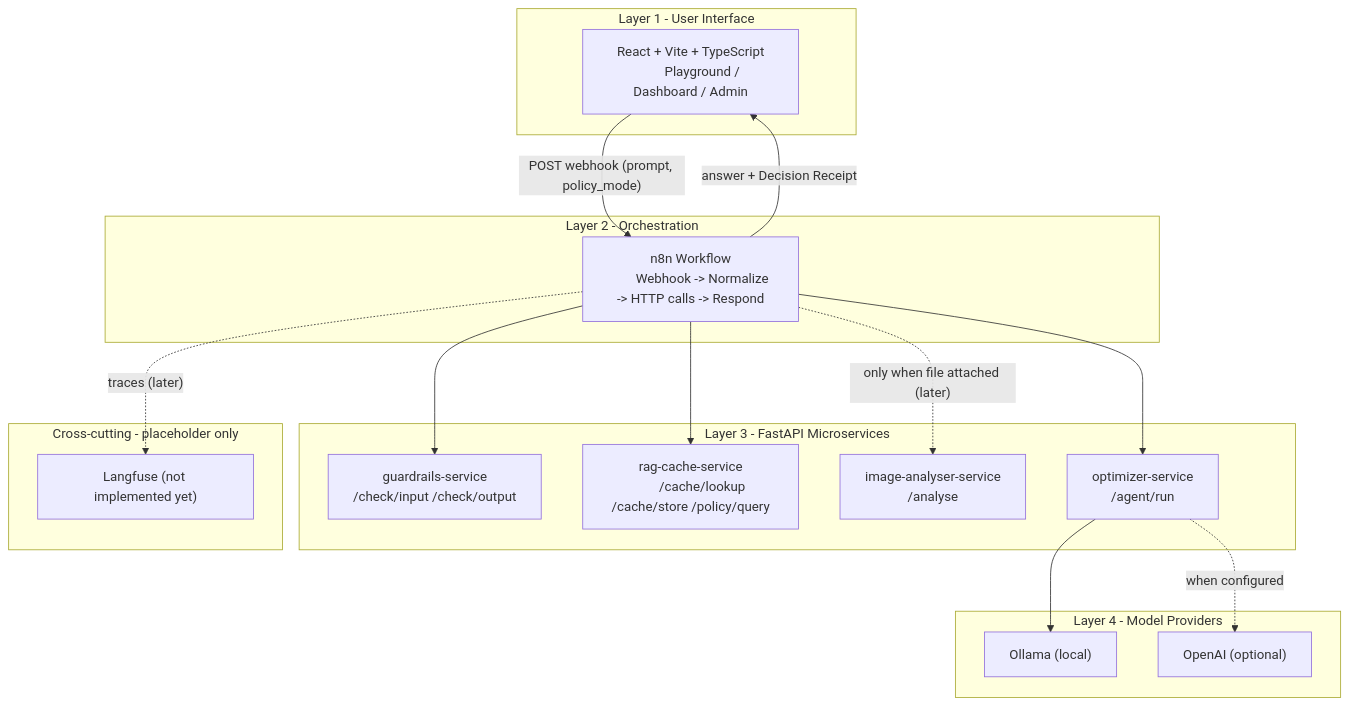
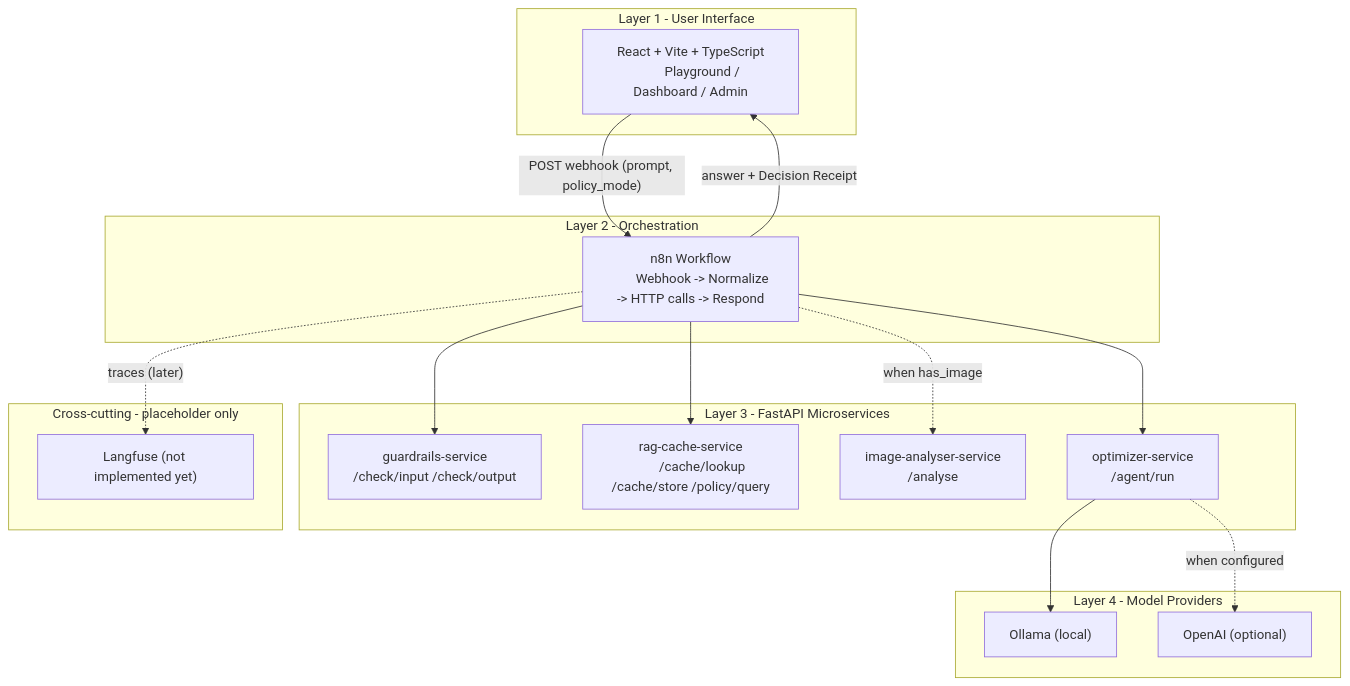
Before and after one commit to tomeryoel/tokenwise: the first of 4 diagrams in docs/architecture.md, drawn with Mermaid. The commit also changed other lines of this file and 3 other files, not shown here.

First line of the commit message:
docs(vision): document Day 8 architecture and validation

````diff
--- a/docs/architecture.md
+++ b/docs/architecture.md
@@ -10,42 +10,42 @@
 ```mermaid
 flowchart TB
     subgraph L1 [Layer 1 - User Interface]
         UI["React + Vite + TypeScript
         Playground / Dashboard / Admin"]
     end
 
     subgraph L2 [Layer 2 - Orchestration]
         N8N["n8n Workflow
         Webhook -> Normalize -> HTTP calls -> Respond"]
     end
 
     subgraph L3 [Layer 3 - FastAPI Microservices]
         GR["guardrails-service
         /check/input /check/output"]
         RAG["rag-cache-service
         /cache/lookup /cache/store /policy/query"]
         IMG["image-analyser-service
         /analyse"]
         OPT["optimizer-service
         /agent/run"]
     end
 
     subgraph L4 [Layer 4 - Model Providers]
         OLLAMA["Ollama (local)"]
         OPENAI["OpenAI (optional)"]
     end
 
     subgraph X [Cross-cutting - placeholder only]
         LF["Langfuse (not implemented yet)"]
     end
 
     UI -->|"POST webhook (prompt, policy_mode)"| N8N
     N8N --> GR
     N8N --> RAG
     N8N --> OPT
-    N8N -. "only when file attached (later)" .-> IMG
+    N8N -. "when has_image" .-> IMG
     OPT --> OLLAMA
     OPT -. "when configured" .-> OPENAI
     N8N -->|"answer + Decision Receipt"| UI
     N8N -. "traces (later)" .-> LF
 ```
````
